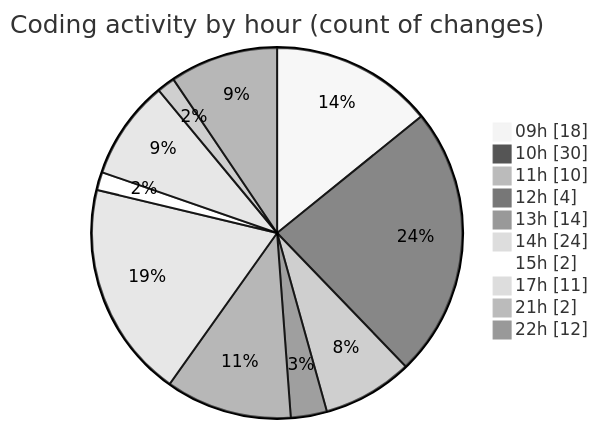
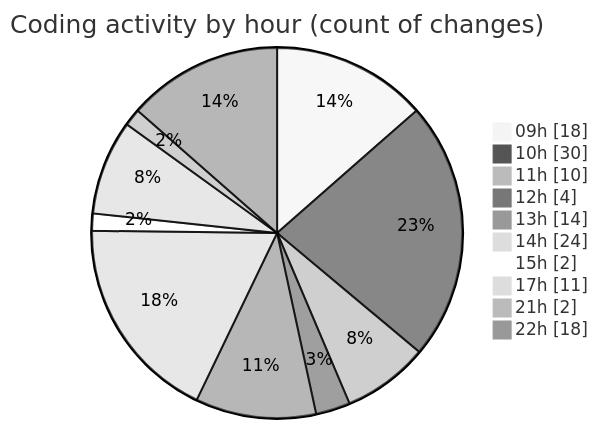
Before and after one commit to momahboobian/code-tracking: the second of 2 diagrams in 2026-09-23/cda/README.md, drawn with Mermaid (neutral theme). The commit also changed other lines of this file and 1 other file, not shown here.

````diff
--- a/2026-09-23/cda/README.md
+++ b/2026-09-23/cda/README.md
@@ -73,14 +73,14 @@
 ```mermaid
 pie showData
 title Coding activity by hour (count of changes)
 "09h" : 18
 "10h" : 30
 "11h" : 10
 "12h" : 4
 "13h" : 14
 "14h" : 24
 "15h" : 2
 "17h" : 11
 "21h" : 2
-"22h" : 12
+"22h" : 18
 ```
````
